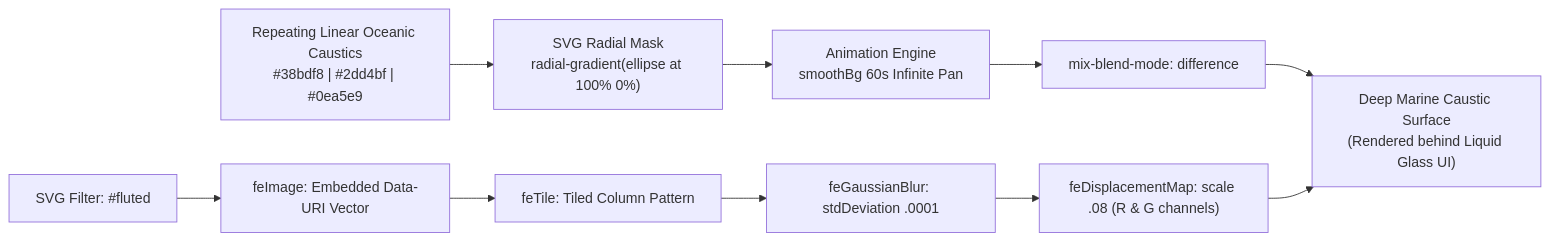
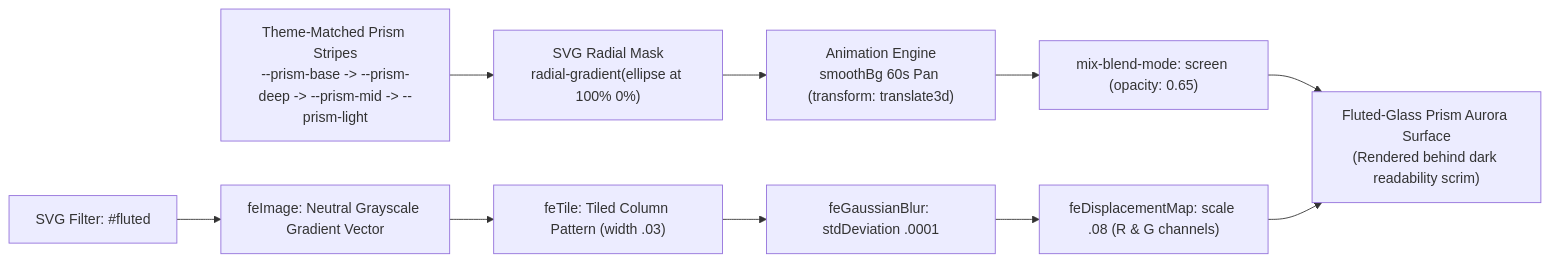
Before and after one commit to raghul11x/Ion-Battery-Health-Analyser: the third of 6 diagrams in FRONTEND_DESIGN_DOC.md, drawn with Mermaid. The commit also changed other lines of this file and 1 other file, not shown here.

Commit message:
docs(design): Phase C - update system & frontend design docs for hero architecture, zero-hallucination dial, and theme-matched prism aurora

````diff
--- a/FRONTEND_DESIGN_DOC.md
+++ b/FRONTEND_DESIGN_DOC.md
@@ -156,13 +169,13 @@
 ```mermaid
 flowchart LR
-    A["Repeating Linear Oceanic Caustics<br/>#38bdf8 | #2dd4bf | #0ea5e9"] --> B["SVG Radial Mask<br/>radial-gradient(ellipse at 100% 0%)"]
-    B --> C["Animation Engine<br/>smoothBg 60s Infinite Pan"]
-    C --> D["mix-blend-mode: difference"]
+    A["Theme-Matched Prism Stripes<br/>--prism-base -> --prism-deep -> --prism-mid -> --prism-light"] --> B["SVG Radial Mask<br/>radial-gradient(ellipse at 100% 0%)"]
+    B --> C["Animation Engine<br/>smoothBg 60s Pan (transform: translate3d)"]
+    C --> D["mix-blend-mode: screen (opacity: 0.65)"]
     
-    E["SVG Filter: #fluted"] --> F["feImage: Embedded Data-URI Vector"]
-    F --> G["feTile: Tiled Column Pattern"]
+    E["SVG Filter: #fluted"] --> F["feImage: Neutral Grayscale Gradient Vector"]
+    F --> G["feTile: Tiled Column Pattern (width .03)"]
     G --> H["feGaussianBlur: stdDeviation .0001"]
     H --> I["feDisplacementMap: scale .08 (R & G channels)"]
     
-    D & I --> J["Deep Marine Caustic Surface<br/>(Rendered behind Liquid Glass UI)"]
+    D & I --> J["Fluted-Glass Prism Aurora Surface<br/>(Rendered behind dark readability scrim)"]
 ```
````
